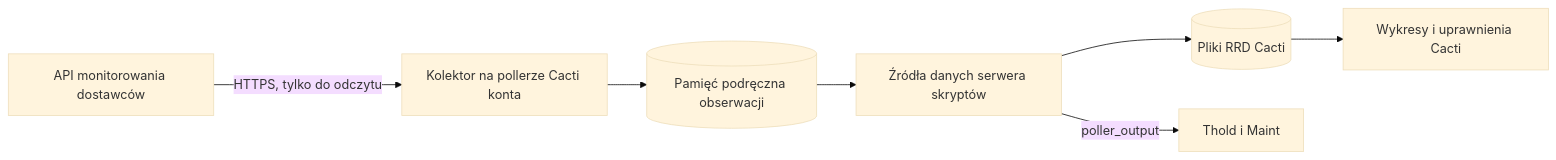
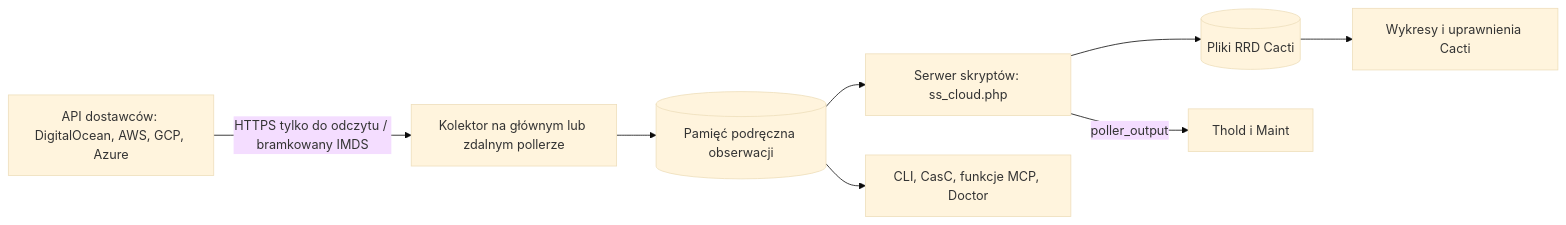
The diagram in docs/i18n/pl-PL/README.md (somethingwithproof/plugin_cloud), drawn with Mermaid (base theme) before and after one commit. The commit also changed other lines of this file and 48 other files, not shown here.

First line of the commit message:
docs(readme): document AWS, GCP, Azure drivers, remote collectors, and ecosystem hooks

````diff
--- a/docs/i18n/pl-PL/README.md
+++ b/docs/i18n/pl-PL/README.md
@@ -100,9 +148,10 @@
 ```mermaid
 flowchart LR
-    API[API monitorowania dostawców] -->|HTTPS, tylko do odczytu| C[Kolektor na pollerze Cacti konta]
+    API[API dostawców: DigitalOcean, AWS, GCP, Azure] -->|HTTPS tylko do odczytu / bramkowany IMDS| C[Kolektor na głównym lub zdalnym pollerze]
     C --> O[(Pamięć podręczna obserwacji)]
-    O --> SS[Źródła danych serwera skryptów]
+    O --> SS[Serwer skryptów: ss_cloud.php]
     SS --> RRD[(Pliki RRD Cacti)]
     SS -->|poller_output| T[Thold i Maint]
     RRD --> G[Wykresy i uprawnienia Cacti]
+    O --> ECO[CLI, CasC, funkcje MCP, Doctor]
 ```
````
